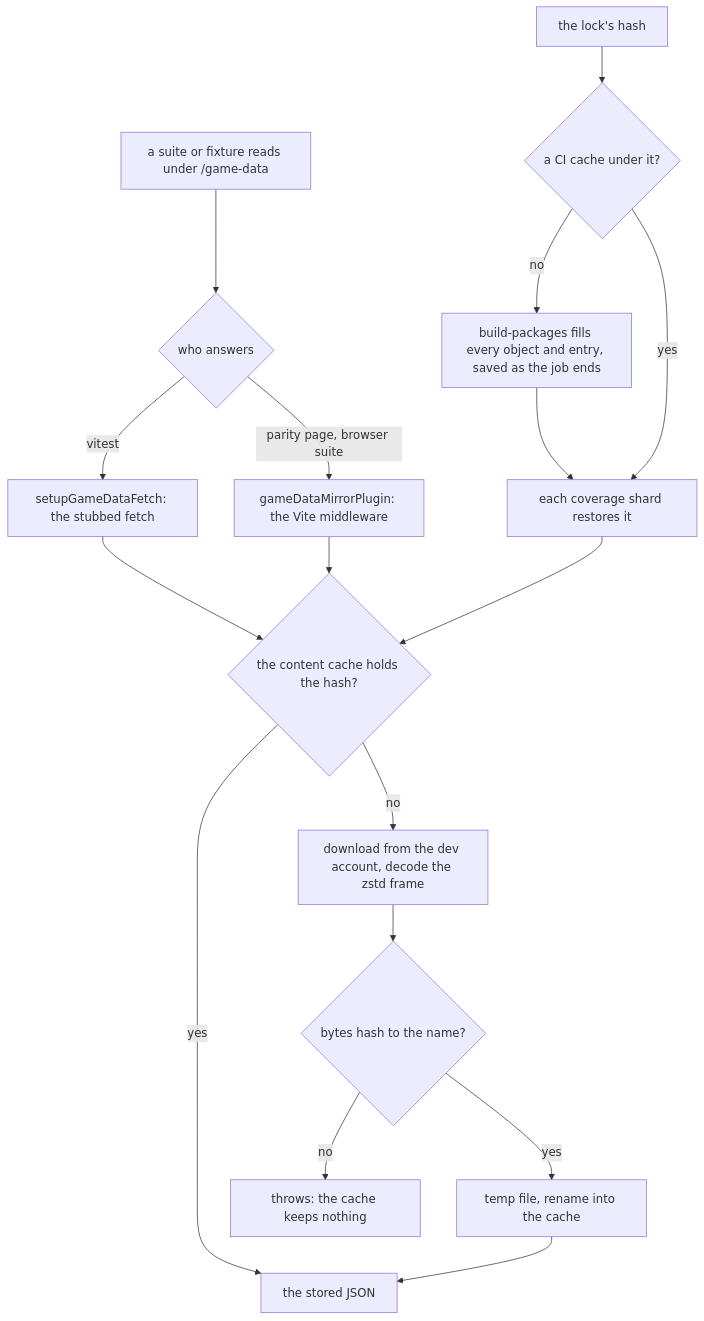
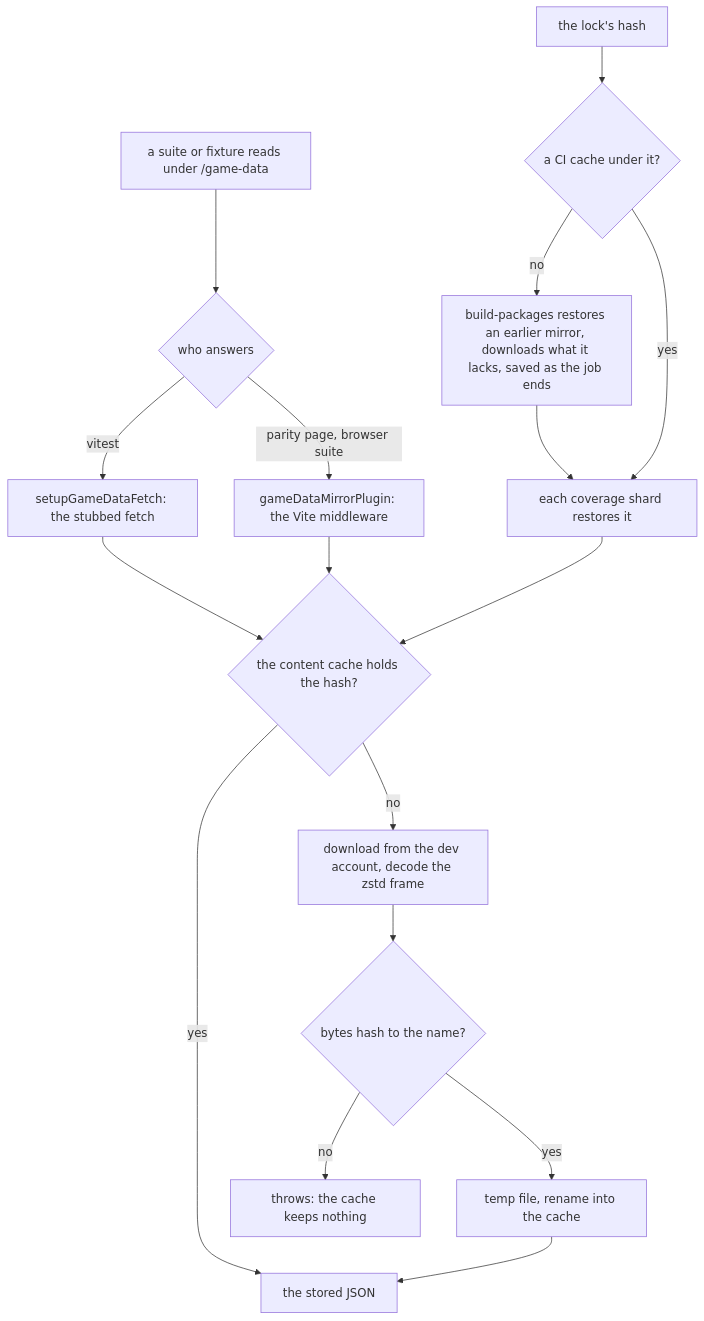
The fifth of 5 diagrams in openspec/specs/genshin/hosted-game-data/design.md (Esposter/Esposter), drawn with Mermaid before and after one commit. The commit also changed other lines of this file and 1 other file, not shown here.

First line of the commit message:
perf(ci): a moved lock's game data mirror fill starts from the newest earlier mirror

````diff
--- a/openspec/specs/genshin/hosted-game-data/design.md
+++ b/openspec/specs/genshin/hosted-game-data/design.md
@@ -182,19 +182,19 @@
 ```mermaid
 flowchart TD
   Suite["a suite or fixture reads under /game-data"] --> Route{"who answers"}
   Route -->|vitest| Fetch["setupGameDataFetch: the stubbed fetch"]
   Route -->|"parity page, browser suite"| Middleware["gameDataMirrorPlugin: the Vite middleware"]
   Fetch --> Mirror{"the content cache holds the hash?"}
   Middleware --> Mirror
   Mirror -->|yes| Serve["the stored JSON"]
   Mirror -->|no| Download["download from the dev account, decode the zstd frame"]
   Download --> Hash{"bytes hash to the name?"}
   Hash -->|no| Refuse["throws: the cache keeps nothing"]
   Hash -->|yes| Store["temp file, rename into the cache"]
   Store --> Serve
   Lock["the lock's hash"] --> Cached{"a CI cache under it?"}
-  Cached -->|no| Fill["build-packages fills every object and entry, saved as the job ends"]
+  Cached -->|no| Fill["build-packages restores an earlier mirror, downloads what it lacks, saved as the job ends"]
   Cached -->|yes| Restore["each coverage shard restores it"]
   Fill --> Restore
   Restore --> Mirror
 ```
````
